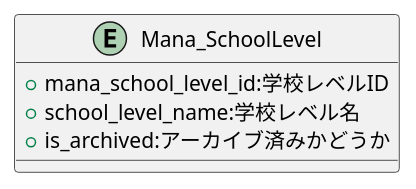
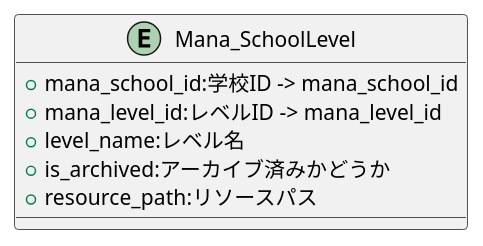
Before and after one commit to popoposorara/ERP_ER: the diagram in Entity/Mana_SchoolLevel.pu, drawn with PlantUML. The commit also changed 32 other files, not shown here.

```diff
--- a/Entity/Mana_SchoolLevel.pu
+++ b/Entity/Mana_SchoolLevel.pu
@@ -1,9 +1,11 @@
 @startuml
 
 entity "Mana_SchoolLevel" {
-    + mana_school_level_id:学校レベルID
-    + school_level_name:学校レベル名
+    + mana_school_id:学校ID -> mana_school_id
+    + mana_level_id:レベルID -> mana_level_id
+    + level_name:レベル名
     + is_archived:アーカイブ済みかどうか
+    + resource_path:リソースパス
 }
 
 @enduml
```
